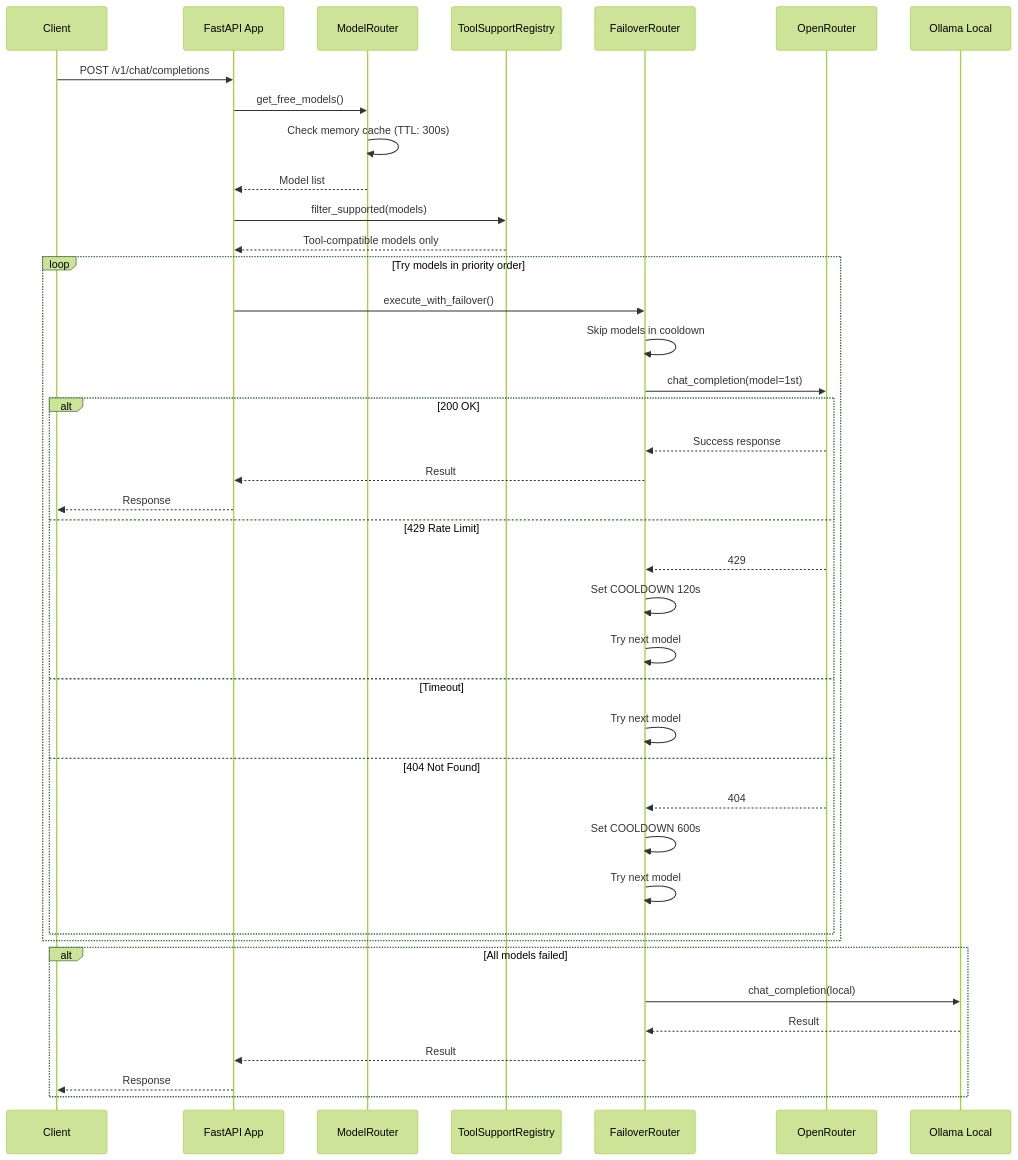
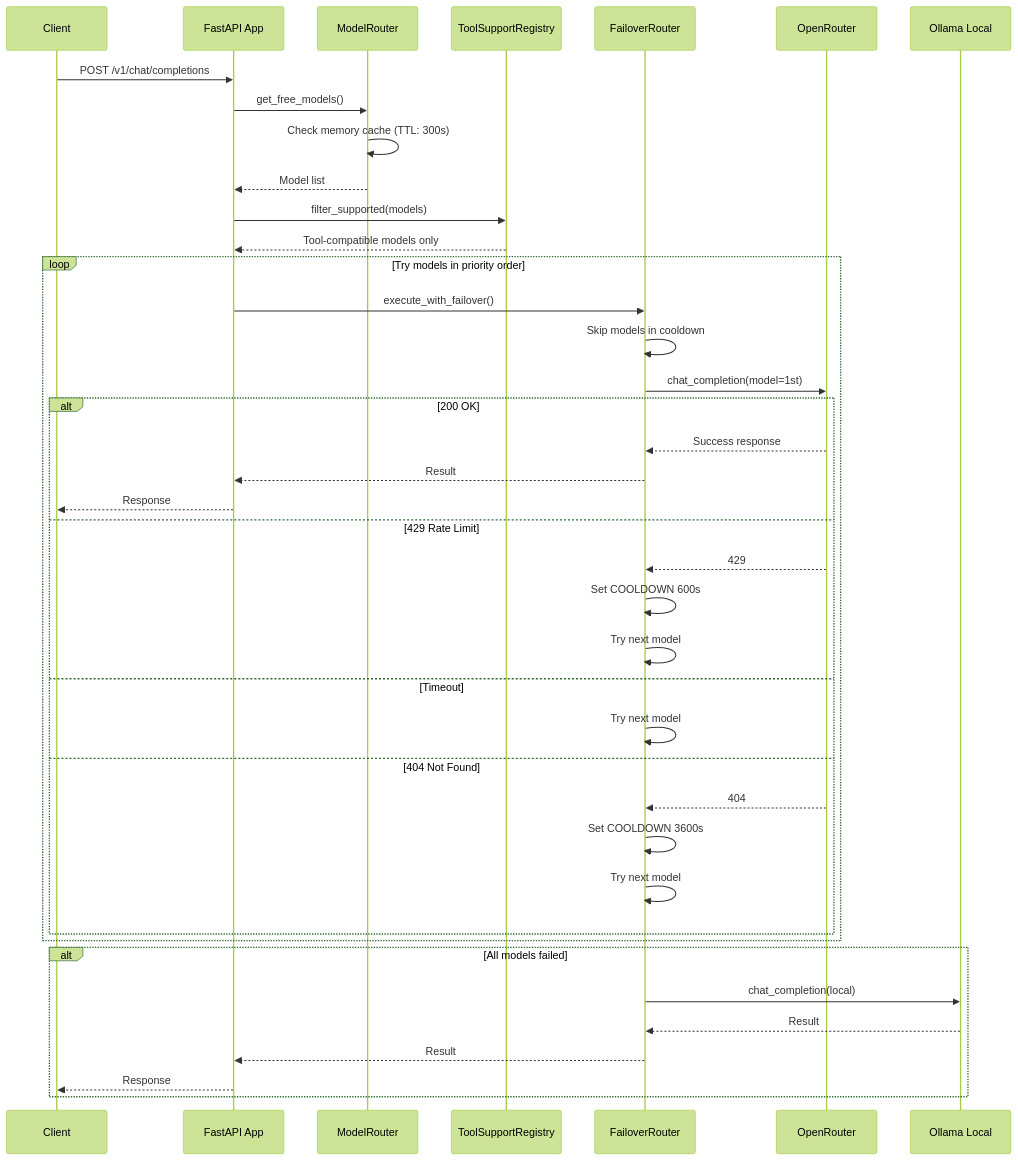
The second of 4 diagrams in docs/how-it-works.md (tokkkie/free-model-router), drawn with Mermaid (forest theme) before and after one commit. The commit also changed other lines of this file and 8 other files, not shown here.

````diff
--- a/docs/how-it-works.md
+++ b/docs/how-it-works.md
@@ -55,48 +55,48 @@
 ```mermaid
 sequenceDiagram
     participant Client as Client
     participant App as FastAPI App
     participant MR as ModelRouter
     participant TSR as ToolSupportRegistry
     participant FR as FailoverRouter
     participant OR as OpenRouter
     participant Ollama as Ollama Local
 
     Client->>App: POST /v1/chat/completions
 
     App->>MR: get_free_models()
     MR->>MR: Check memory cache (TTL: 300s)
     MR-->>App: Model list
 
     App->>TSR: filter_supported(models)
     TSR-->>App: Tool-compatible models only
 
     loop Try models in priority order
         App->>FR: execute_with_failover()
         FR->>FR: Skip models in cooldown
 
         FR->>OR: chat_completion(model=1st)
         alt 200 OK
             OR-->>FR: Success response
             FR-->>App: Result
             App-->>Client: Response
         else 429 Rate Limit
             OR-->>FR: 429
-            FR->>FR: Set COOLDOWN 120s
+            FR->>FR: Set COOLDOWN 600s
             FR->>FR: Try next model
         else Timeout
             FR->>FR: Try next model
         else 404 Not Found
             OR-->>FR: 404
-            FR->>FR: Set COOLDOWN 600s
+            FR->>FR: Set COOLDOWN 3600s
             FR->>FR: Try next model
         end
     end
 
     alt All models failed
         FR->>Ollama: chat_completion(local)
         Ollama-->>FR: Result
         FR-->>App: Result
         App-->>Client: Response
     end
 ```
````
